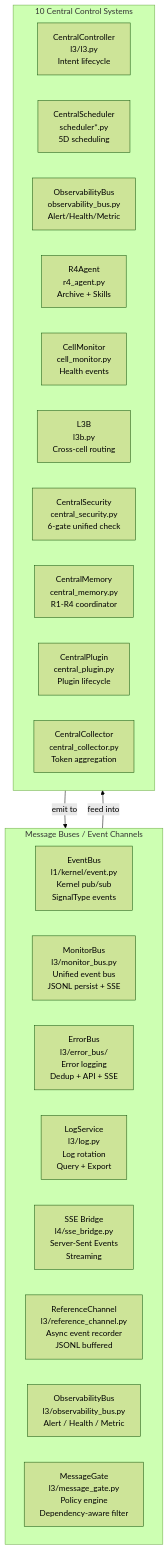
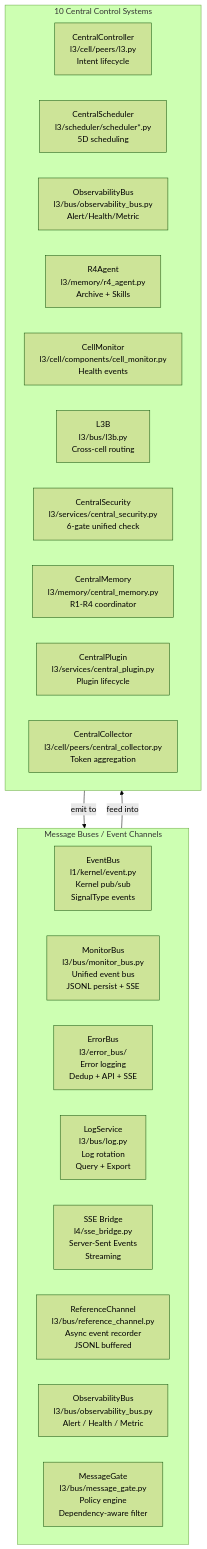
The first of 2 diagrams in docs/architecture/deep-dive/buses-and-control.md (guilingzhouyi-creator/Praxis-Agent-OS), drawn with Mermaid (forest theme) before and after one commit. The commit also changed other lines of this file and 106 other files, not shown here.

````diff
--- a/docs/architecture/deep-dive/buses-and-control.md
+++ b/docs/architecture/deep-dive/buses-and-control.md
@@ -10,29 +10,29 @@
 ```mermaid
 flowchart TB
     subgraph Buses["Message Buses / Event Channels"]
         EB["EventBus\nl1/kernel/event.py\nKernel pub/sub\nSignalType events"]
-        MB["MonitorBus\nl3/monitor_bus.py\nUnified event bus\nJSONL persist + SSE"]
+        MB["MonitorBus\nl3/bus/monitor_bus.py\nUnified event bus\nJSONL persist + SSE"]
         ERR["ErrorBus\nl3/error_bus/\nError logging\nDedup + API + SSE"]
-        LOG["LogService\nl3/log.py\nLog rotation\nQuery + Export"]
+        LOG["LogService\nl3/bus/log.py\nLog rotation\nQuery + Export"]
         SSE["SSE Bridge\nl4/sse_bridge.py\nServer-Sent Events\nStreaming"]
-        RC["ReferenceChannel\nl3/reference_channel.py\nAsync event recorder\nJSONL buffered"]
-        OB["ObservabilityBus\nl3/observability_bus.py\nAlert / Health / Metric"]
-        MG["MessageGate\nl3/message_gate.py\nPolicy engine\nDependency-aware filter"]
+        RC["ReferenceChannel\nl3/bus/reference_channel.py\nAsync event recorder\nJSONL buffered"]
+        OB["ObservabilityBus\nl3/bus/observability_bus.py\nAlert / Health / Metric"]
+        MG["MessageGate\nl3/bus/message_gate.py\nPolicy engine\nDependency-aware filter"]
     end
 
     subgraph Centers["10 Central Control Systems"]
-        CC["CentralController\nl3/l3.py\nIntent lifecycle"]
-        CS["CentralScheduler\nscheduler*.py\n5D scheduling"]
-        OBS["ObservabilityBus\nobservability_bus.py\nAlert/Health/Metric"]
-        R4["R4Agent\nr4_agent.py\nArchive + Skills"]
-        CM["CellMonitor\ncell_monitor.py\nHealth events"]
-        LB["L3B\nl3b.py\nCross-cell routing"]
-        CSEC["CentralSecurity\ncentral_security.py\n6-gate unified check"]
-        CMEM["CentralMemory\ncentral_memory.py\nR1-R4 coordinator"]
-        CPLUG["CentralPlugin\ncentral_plugin.py\nPlugin lifecycle"]
-        CCOL["CentralCollector\ncentral_collector.py\nToken aggregation"]
+        CC["CentralController\nl3/cell/peers/l3.py\nIntent lifecycle"]
+        CS["CentralScheduler\nl3/scheduler/scheduler*.py\n5D scheduling"]
+        OBS["ObservabilityBus\nl3/bus/observability_bus.py\nAlert/Health/Metric"]
+        R4["R4Agent\nl3/memory/r4_agent.py\nArchive + Skills"]
+        CM["CellMonitor\nl3/cell/components/cell_monitor.py\nHealth events"]
+        LB["L3B\nl3/bus/l3b.py\nCross-cell routing"]
+        CSEC["CentralSecurity\nl3/services/central_security.py\n6-gate unified check"]
+        CMEM["CentralMemory\nl3/memory/central_memory.py\nR1-R4 coordinator"]
+        CPLUG["CentralPlugin\nl3/services/central_plugin.py\nPlugin lifecycle"]
+        CCOL["CentralCollector\nl3/cell/peers/central_collector.py\nToken aggregation"]
     end
 
     Buses -->|"feed into"| Centers
     Centers -->|"emit to"| Buses
 ```
````
